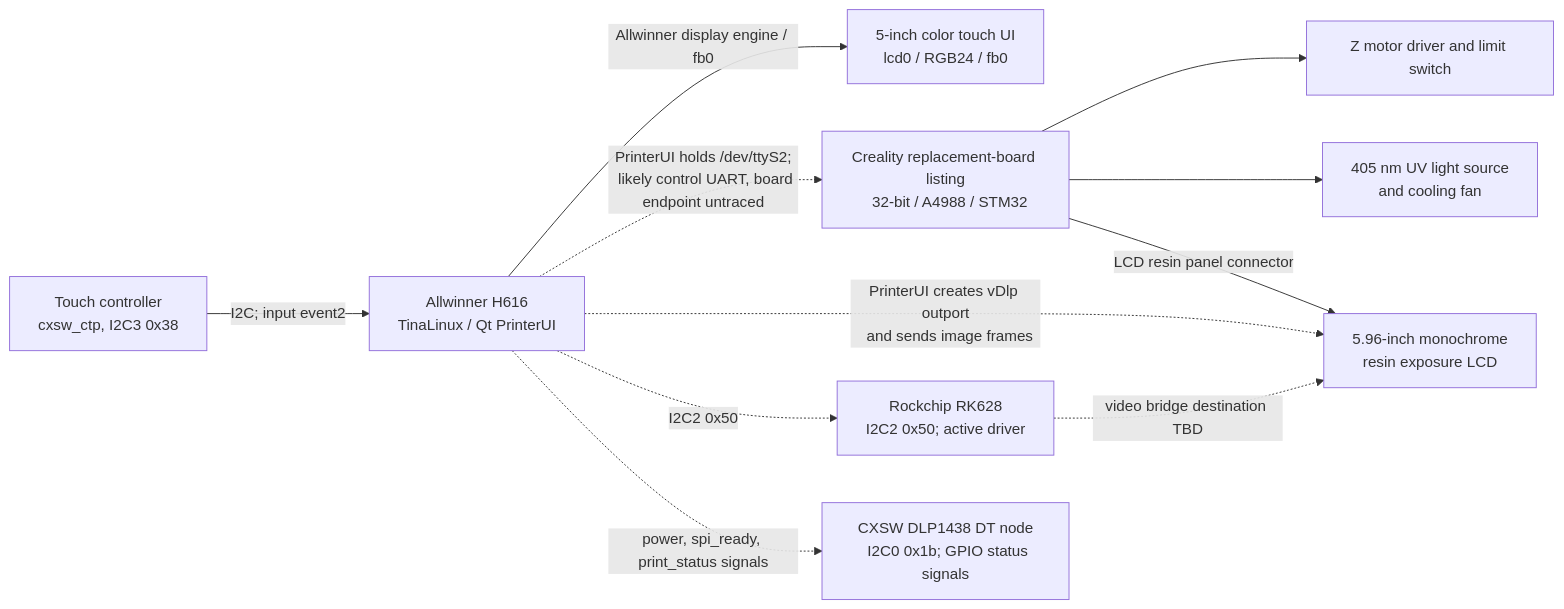
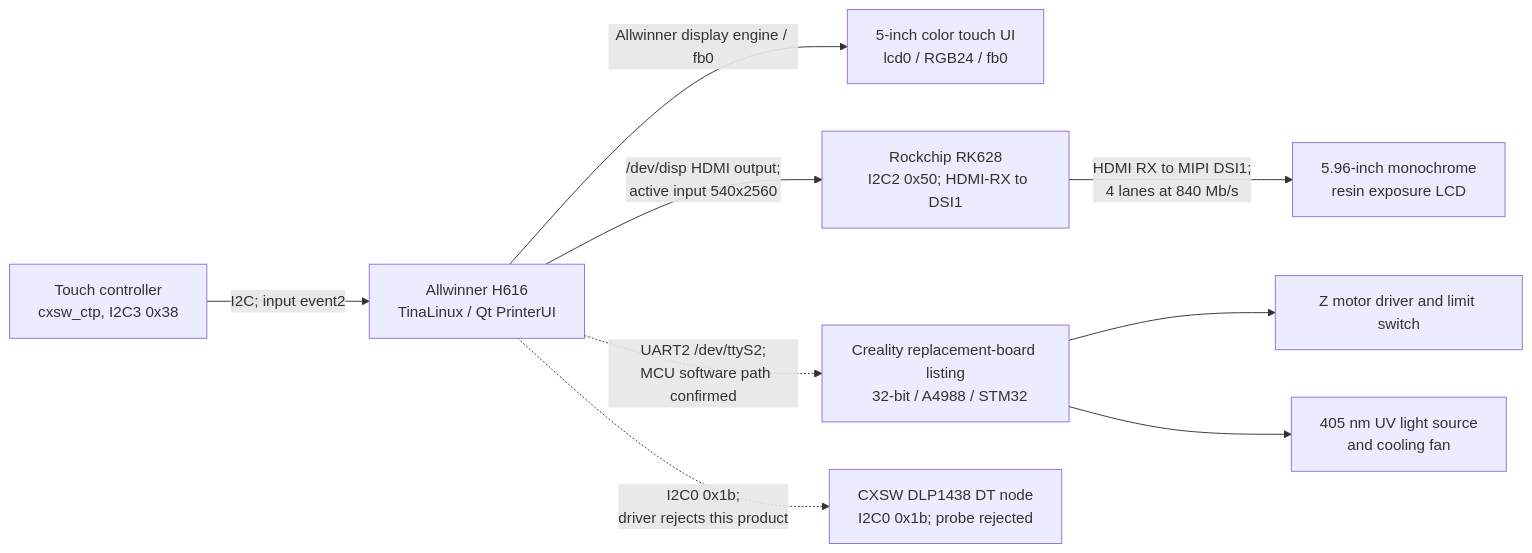
One commit to Mar2ianen/open-halot-one changed the diagram in docs/hardware-map.md. Above: the diagram before and after it, drawn with Mermaid. The commit also changed other lines of this file and 7 other files, not shown here.

````diff
--- a/docs/hardware-map.md
+++ b/docs/hardware-map.md
@@ -5,32 +5,32 @@
 ```mermaid
 flowchart LR
   H[Allwinner H616
   TinaLinux / Qt PrinterUI]
   T[5-inch color touch UI
   lcd0 / RGB24 / fb0]
   C[Touch controller
   cxsw_ctp, I2C3 0x38]
   M[Creality replacement-board listing
   32-bit / A4988 / STM32]
   Z[Z motor driver and limit switch]
   U[405 nm UV light source
   and cooling fan]
   L[5.96-inch monochrome
   resin exposure LCD]
   R[Rockchip RK628
-  I2C2 0x50; active driver]
+  I2C2 0x50; HDMI-RX to DSI1]
   D[CXSW DLP1438 DT node
-  I2C0 0x1b; GPIO status signals]
+  I2C0 0x1b; probe rejected]
   H -->|Allwinner display engine / fb0| T
   C -->|I2C; input event2| H
-  H -.->|PrinterUI holds /dev/ttyS2;
-  likely control UART, board endpoint untraced| M
-  H -.->|PrinterUI creates vDlp outport
-  and sends image frames| L
-  H -.->|I2C2 0x50| R
-  R -.->|video bridge destination TBD| L
-  H -.->|power, spi_ready, print_status signals| D
+  H -->|/dev/disp HDMI output;
+  active input 540x2560| R
+  R -->|HDMI RX to MIPI DSI1;
+  4 lanes at 840 Mb/s| L
+  H -.->|UART2 /dev/ttyS2;
+  MCU software path confirmed| M
+  H -.->|I2C0 0x1b;
+  driver rejects this product| D
   M --> Z
   M --> U
-  M -->|LCD resin panel connector| L
 ```
````
